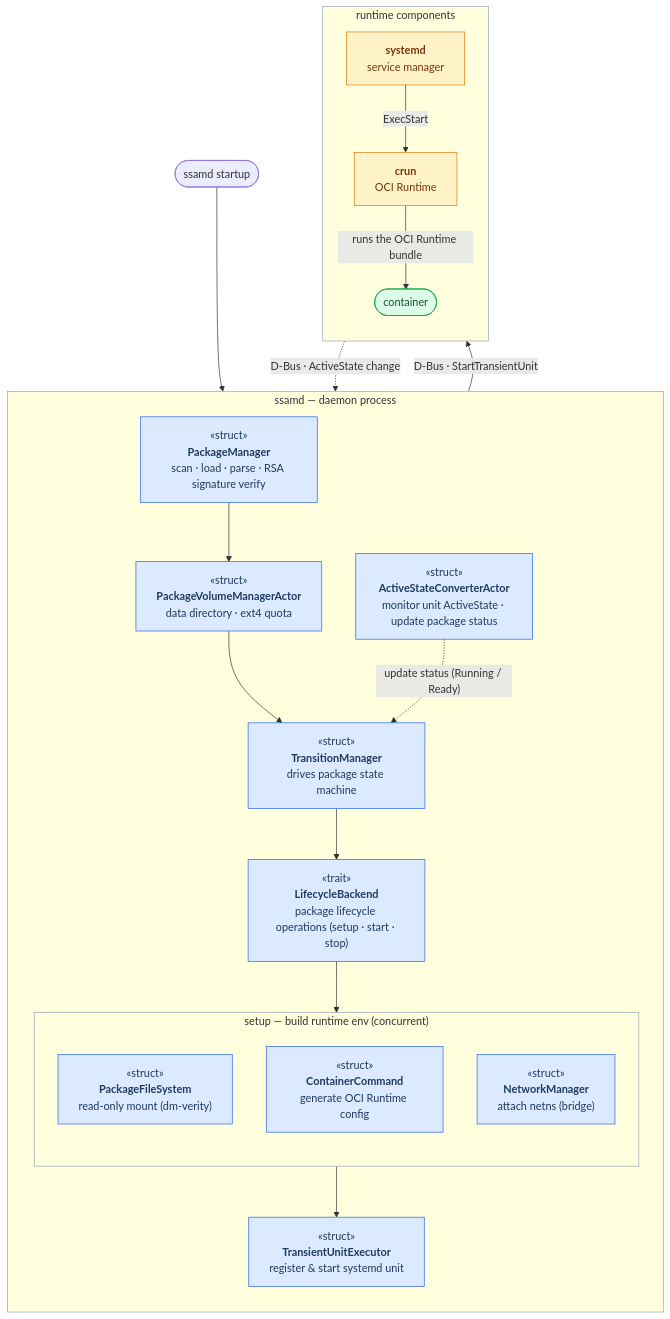
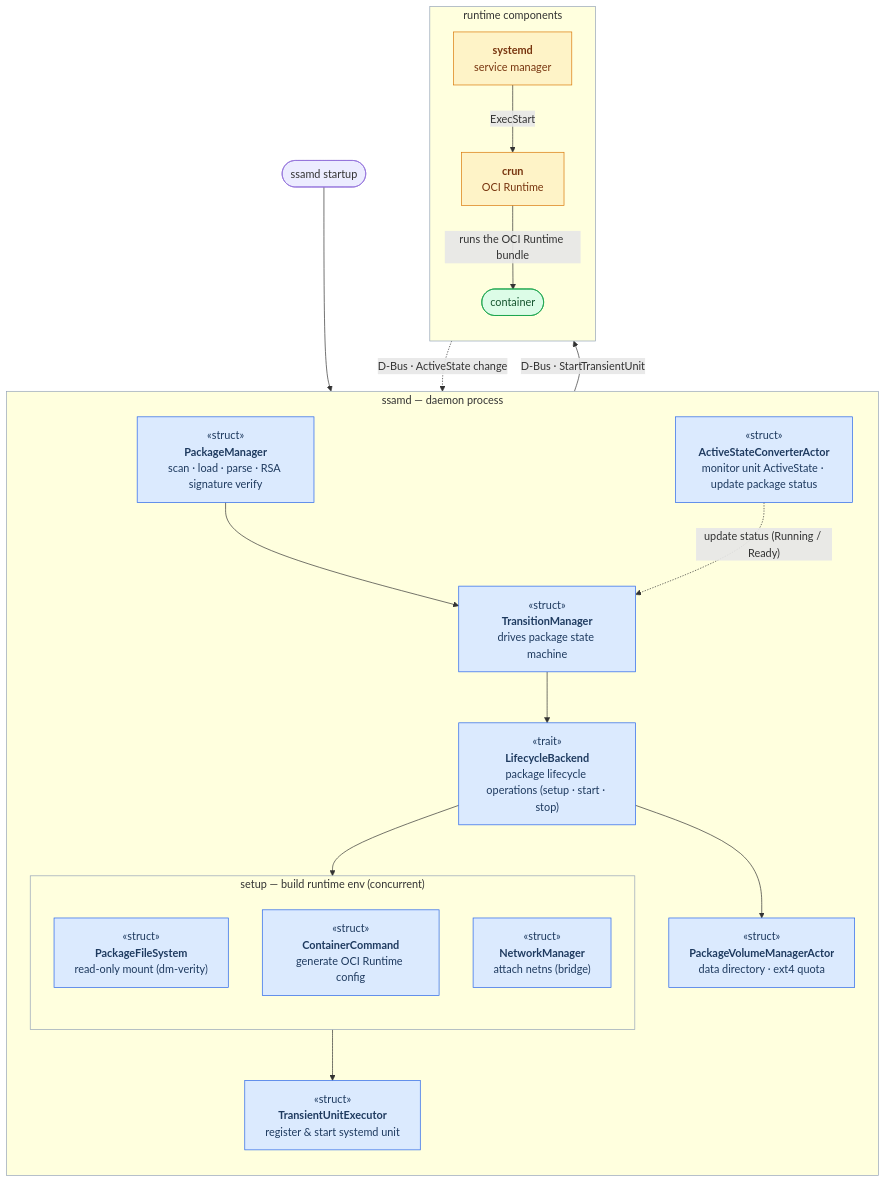
The first of 3 diagrams in docs/architecture/execution.md (mobis-oss/ssam), drawn with Mermaid before and after one commit. The commit also changed other lines of this file and 13 other files, not shown here.

First line of the commit message:
ssamd: acquire the package volume lazily at setup

````diff
--- a/docs/architecture/execution.md
+++ b/docs/architecture/execution.md
@@ -25,41 +25,41 @@
 ```mermaid
 flowchart TB
   START(["ssamd startup"]) --> PM
 
   subgraph SD["ssamd — daemon process"]
     direction TB
-    PM["«struct»<br/><b>PackageManager</b><br/>scan · load · parse · RSA signature verify"] --> PVM["«struct»<br/><b>PackageVolumeManagerActor</b><br/>data directory · ext4 quota"]
-    PVM --> TM["«struct»<br/><b>TransitionManager</b><br/>drives package state machine"]
+    PM["«struct»<br/><b>PackageManager</b><br/>scan · load · parse · RSA signature verify"] --> TM["«struct»<br/><b>TransitionManager</b><br/>drives package state machine"]
     TM --> PT["«trait»<br/><b>LifecycleBackend</b><br/>package lifecycle operations (setup · start · stop)"]
+    PT --> PVM["«struct»<br/><b>PackageVolumeManagerActor</b><br/>data directory · ext4 quota"]
 
     subgraph SU["setup — build runtime env (concurrent)"]
       direction TB
       PFS["«struct»<br/><b>PackageFileSystem</b><br/>read-only mount (dm-verity)"]
       EC["«struct»<br/><b>ContainerCommand</b><br/>generate OCI Runtime config"]
       NM["«struct»<br/><b>NetworkManager</b><br/>attach netns (bridge)"]
     end
 
     PT --> SU
     SU --> CEB["«struct»<br/><b>TransientUnitExecutor</b><br/>register &amp; start systemd unit"]
     ASM["«struct»<br/><b>ActiveStateConverterActor</b><br/>monitor unit ActiveState · update package status"] -.->|"update status (Running / Ready)"| TM
   end
 
   CEB -->|"D-Bus · StartTransientUnit"| SY
   SY -.->|"D-Bus · ActiveState change"| ASM
 
   subgraph EXT["runtime components"]
     direction TB
     SY["<b>systemd</b><br/>service manager"] -->|"ExecStart"| CR["<b>crun</b><br/>OCI Runtime"]
     CR -->|"runs the OCI Runtime bundle"| CT(["container"])
   end
 
   classDef actor fill:#dbeafe,stroke:#2563eb,color:#1e3a5f;
   classDef ext fill:#fef3c7,stroke:#d97706,color:#78350f;
   classDef result fill:#dcfce7,stroke:#16a34a,color:#14532d;
   class PM,TM,PT,PFS,EC,NM,PVM,CEB,ASM actor;
   class SY,CR ext;
   class CT result;
   style SD stroke:#94a3b8
   style SU stroke:#94a3b8
   style EXT stroke:#94a3b8
 ```
````
